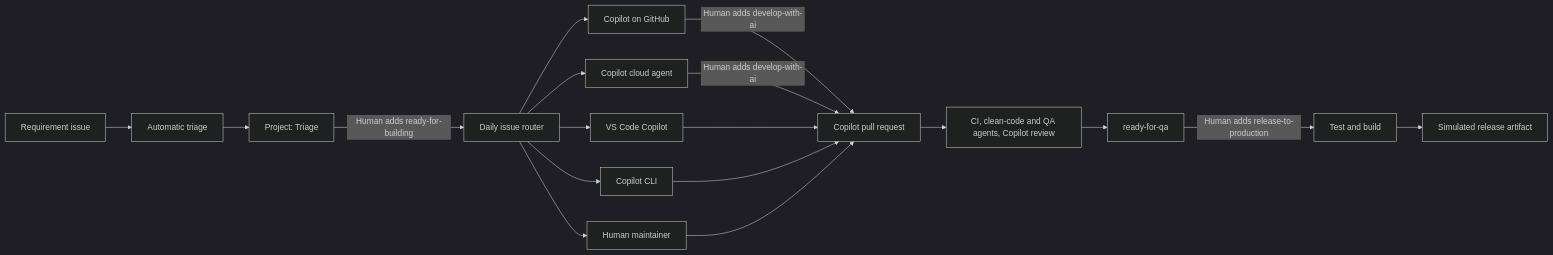
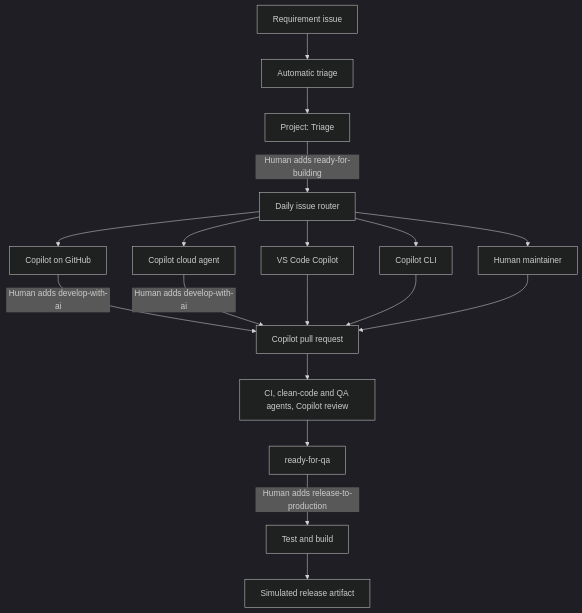
Before and after one commit to cihanduruer/ai-sdlc-ghcp: the diagram in README.md, drawn with Mermaid (dark theme). The commit also changed 2 other files, not shown here.

Commit message:
Clarify vertical lifecycle and release boundary

````diff
--- a/README.md
+++ b/README.md
@@ -18,20 +18,20 @@
 ```mermaid
-flowchart LR
+flowchart TD
     A[Requirement issue] --> B[Automatic triage]
     B --> C[Project: Triage]
     C -->|Human adds ready-for-building| D[Daily issue router]
     D --> E1[VS Code Copilot]
     D --> E2[Copilot on GitHub]
     D --> E3[Copilot CLI]
     D --> E4[Copilot cloud agent]
     D --> E5[Human maintainer]
     E2 -->|Human adds develop-with-ai| F[Copilot pull request]
     E4 -->|Human adds develop-with-ai| F
     E1 --> F
     E3 --> F
     E5 --> F
     F --> G[CI, clean-code and QA agents, Copilot review]
     G --> H[ready-for-qa]
     H -->|Human adds release-to-production| I[Test and build]
     I --> J[Simulated release artifact]
 ```
````
